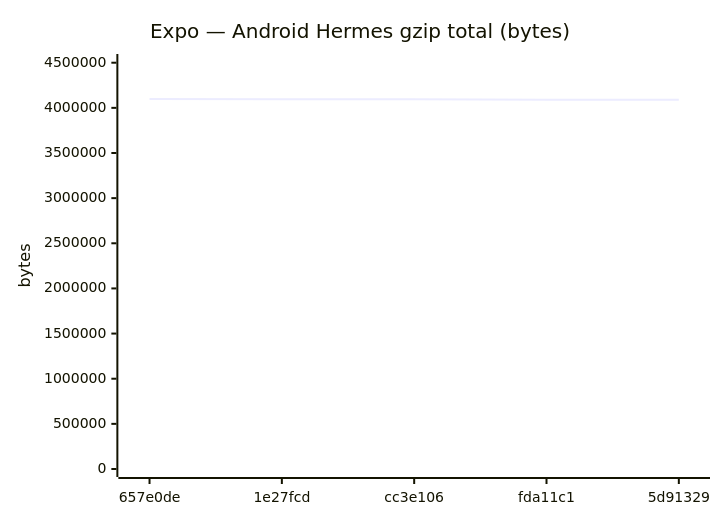
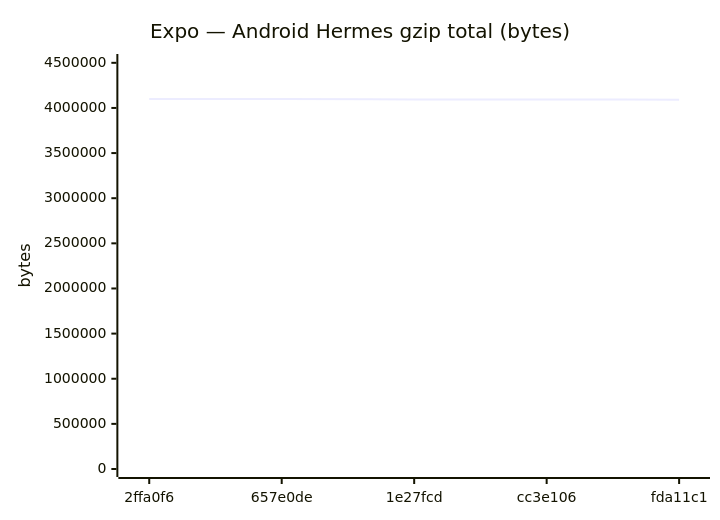
Before and after one commit to Metaheurist/Rianell: diagram 11 of 18 in benchmarks/compare.md, drawn with Mermaid. The commit also changed other lines of this file and 11 other files, not shown here.

````diff
--- a/benchmarks/compare.md
+++ b/benchmarks/compare.md
@@ -172,7 +172,7 @@
 ```mermaid
 xychart-beta
     title "Expo — Android Hermes gzip total (bytes)"
-    x-axis ["657e0de", "1e27fcd", "cc3e106", "fda11c1", "5d91329"]
-    y-axis "bytes" 0 --> 4507892
-    line [4098083, 4094465, 4094465, 4090789, 4090787]
+    x-axis ["2ffa0f6", "657e0de", "1e27fcd", "cc3e106", "fda11c1"]
+    y-axis "bytes" 0 --> 4509037
+    line [4099124, 4098083, 4094465, 4094465, 4090789]
 ```
````
